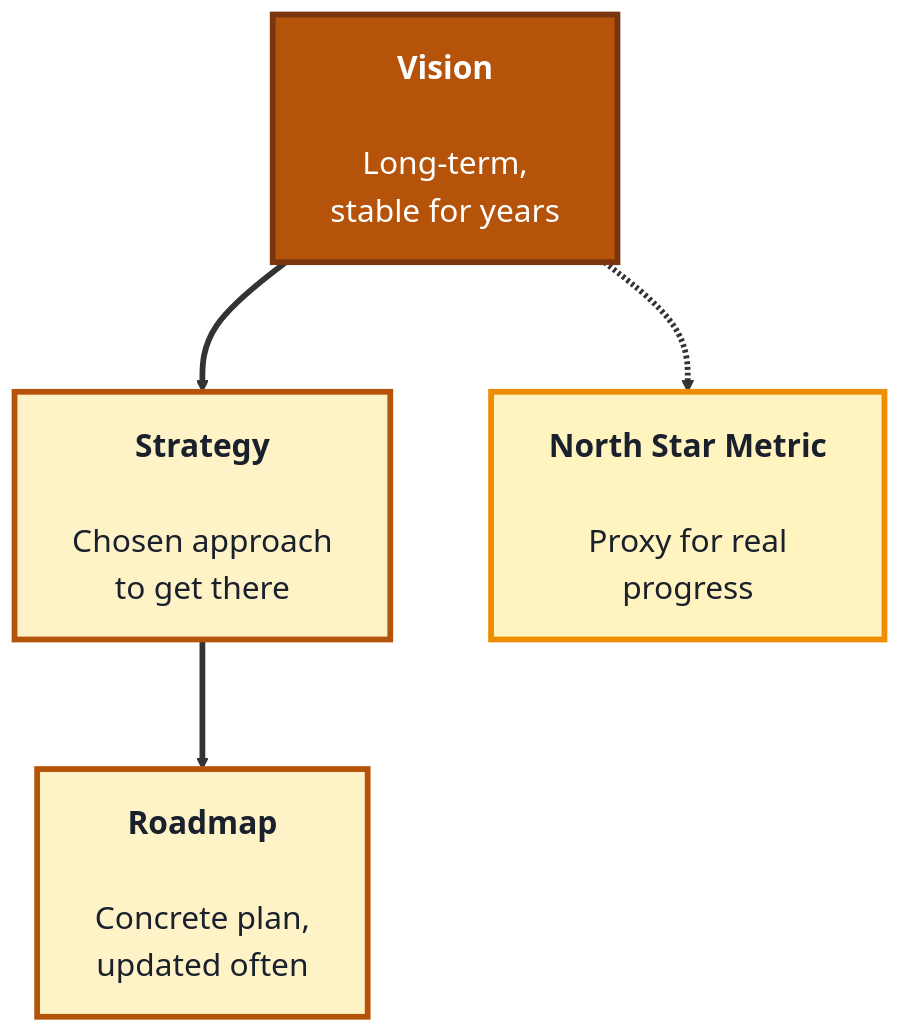
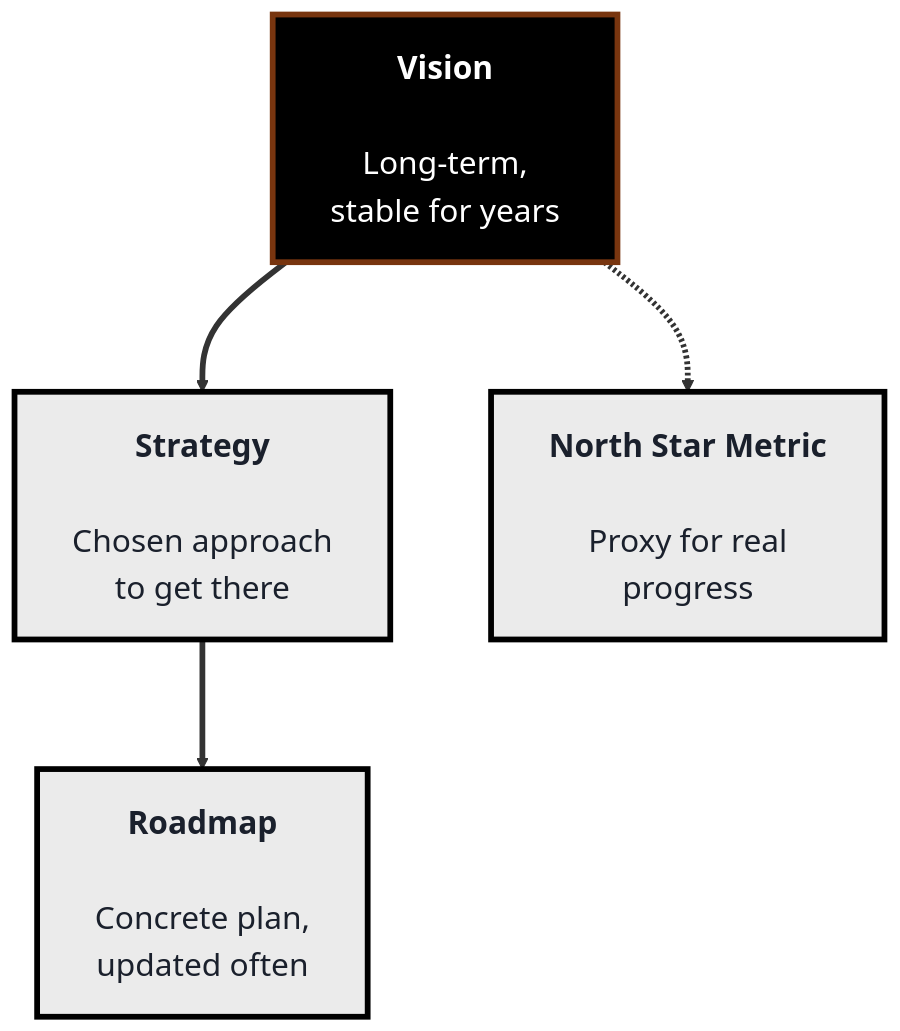
One commit to SHEMODELTECH/shemodeltech changed the third of 3 diagrams in src/Pages/courses/TechPO/product-fundamentals-module.md. Above: the diagram before and after it, drawn with Mermaid. The commit also changed other lines of this file and 46 other files, not shown here.

````diff
--- a/src/Pages/courses/TechPO/product-fundamentals-module.md
+++ b/src/Pages/courses/TechPO/product-fundamentals-module.md
@@ -174,17 +174,17 @@
 ```mermaid
-%%{init: {'theme':'base', 'themeVariables': {'fontSize':'22px', 'primaryTextColor':'#1a202c', 'primaryBorderColor':'#b45309', 'lineColor':'#333333'}, 'flowchart': {'nodeSpacing': 70, 'rankSpacing': 90, 'padding': 20}}}%%
+%%{init: {'theme':'base', 'themeVariables': {'fontSize':'22px', 'primaryTextColor':'#1a202c', 'primaryBorderColor':'#000000', 'lineColor':'#333333'}, 'flowchart': {'nodeSpacing': 70, 'rankSpacing': 90, 'padding': 20}}}%%
 flowchart TB
     V["<b>Vision</b><br/><br/>Long-term,<br/>stable for years"]
     S["<b>Strategy</b><br/><br/>Chosen approach<br/>to get there"]
     R["<b>Roadmap</b><br/><br/>Concrete plan,<br/>updated often"]
     N["<b>North Star Metric</b><br/><br/>Proxy for real<br/>progress"]
 
     V ==> S ==> R
     V -.-> N
 
-    style V fill:#b45309,color:#fff,stroke:#78350f,stroke-width:4px
-    style S fill:#fef3c7,color:#1a202c,stroke:#b45309,stroke-width:4px
-    style R fill:#fef3c7,color:#1a202c,stroke:#b45309,stroke-width:4px
-    style N fill:#fff3bf,color:#1a202c,stroke:#f08c00,stroke-width:4px
+    style V fill:#000000,color:#fff,stroke:#78350f,stroke-width:4px
+    style S fill:#EBEBEB,color:#1a202c,stroke:#000000,stroke-width:4px
+    style R fill:#EBEBEB,color:#1a202c,stroke:#000000,stroke-width:4px
+    style N fill:#EBEBEB,color:#1a202c,stroke:#000000,stroke-width:4px
     linkStyle default stroke-width:4px,stroke:#333333
 ```
````
